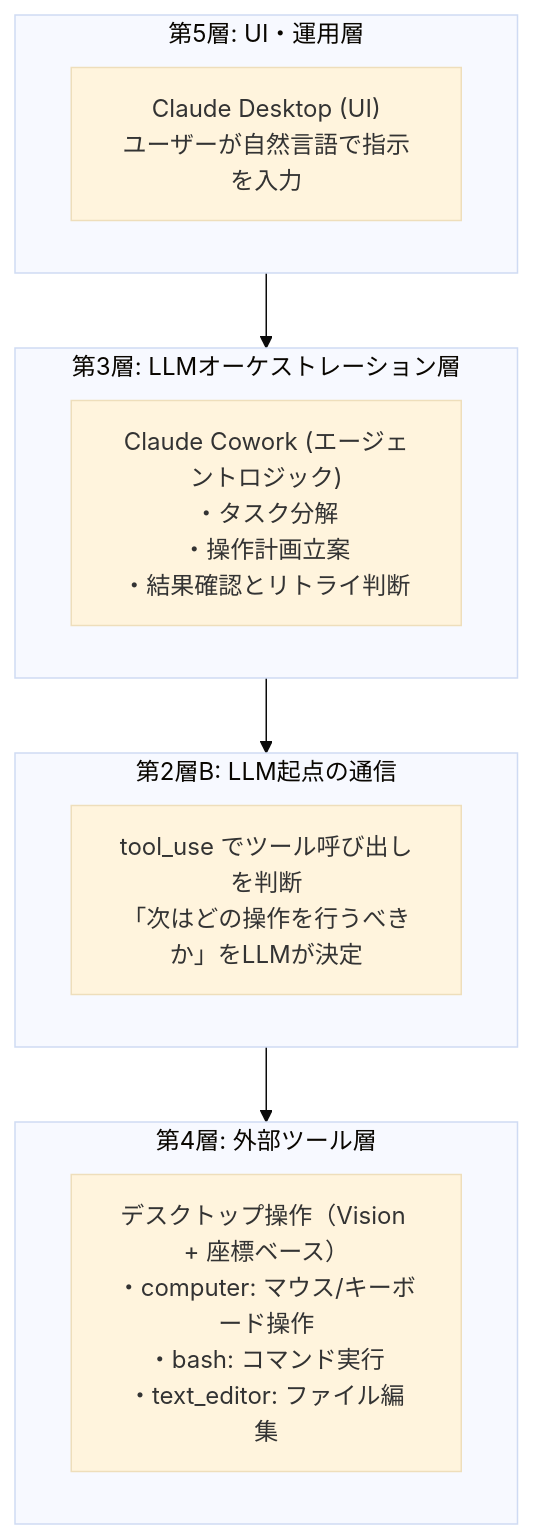
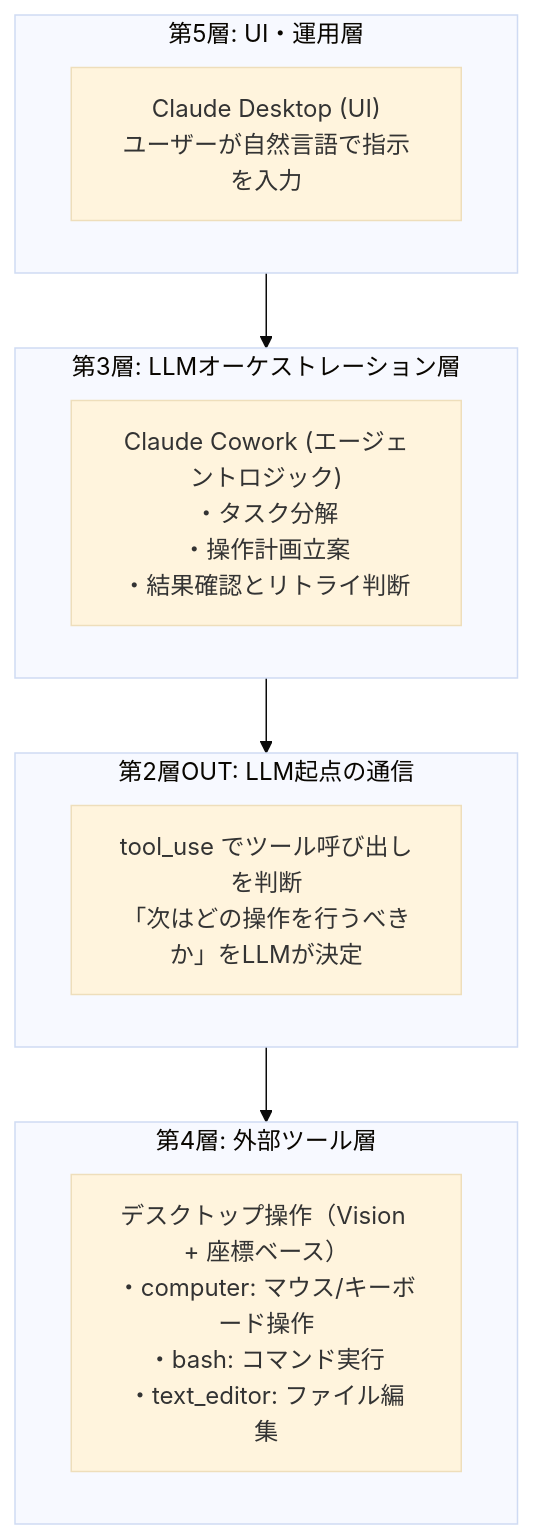
One commit to fsitlab/zenn changed the seventh of 12 diagrams in books/ai-agent-layered-map/07-6-other-products.md. Above: the diagram before and after it, drawn with Mermaid (base theme). The commit also changed other lines of this file and 12 other files, not shown here.

````diff
--- a/books/ai-agent-layered-map/07-6-other-products.md
+++ b/books/ai-agent-layered-map/07-6-other-products.md
@@ -333,22 +333,22 @@
 ```mermaid
 flowchart TB
     subgraph Layer5["第5層: UI・運用層"]
         DesktopUI["Claude Desktop (UI)<br/>ユーザーが自然言語で指示を入力"]
     end
 
     subgraph Layer3["第3層: LLMオーケストレーション層"]
         CoworkLogic["Claude Cowork (エージェントロジック)<br/>・タスク分解<br/>・操作計画立案<br/>・結果確認とリトライ判断"]
     end
 
-    subgraph Layer2B["第2層B: LLM起点の通信"]
+    subgraph Layer2B["第2層OUT: LLM起点の通信"]
         ToolUse["tool_use でツール呼び出しを判断<br/>「次はどの操作を行うべきか」をLLMが決定"]
     end
 
     subgraph Layer4["第4層: 外部ツール層"]
         DesktopOps["デスクトップ操作（Vision + 座標ベース）<br/>・computer: マウス/キーボード操作<br/>・bash: コマンド実行<br/>・text_editor: ファイル編集"]
     end
 
     Layer5 --> Layer3
     Layer3 --> Layer2B
     Layer2B --> Layer4
 ```
````
